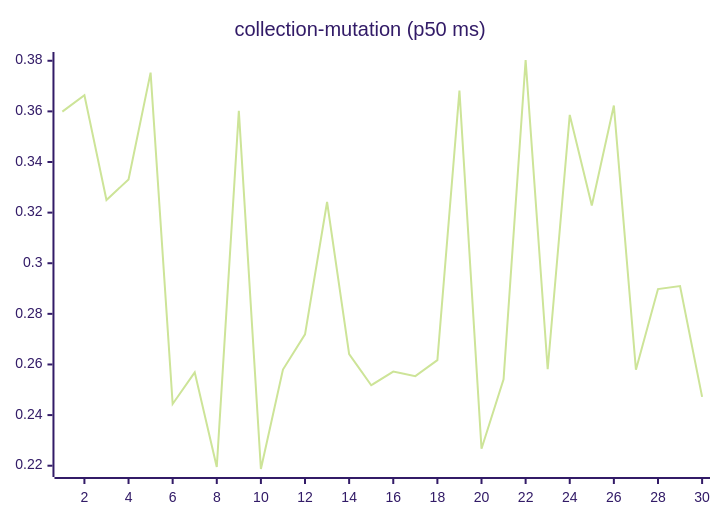
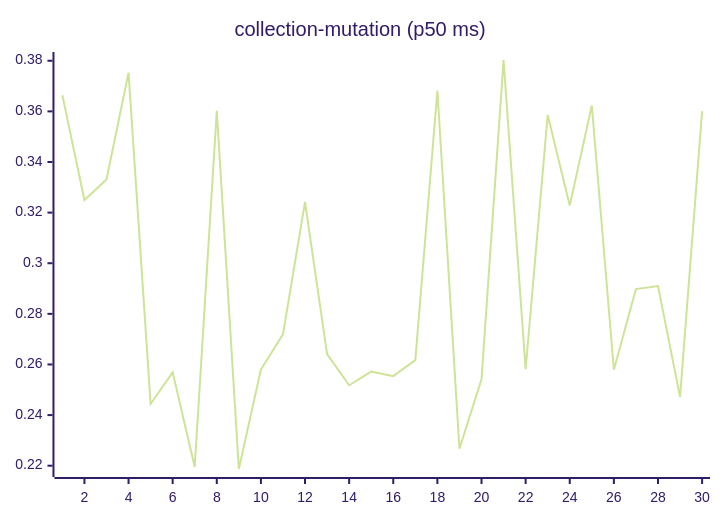
Before and after one commit to josha/Facet: the sixth of 27 diagrams in README.md, drawn with Mermaid (forest theme). The commit also changed other lines of this file and 2 other files, not shown here.

````diff
--- a/README.md
+++ b/README.md
@@ -98,6 +98,6 @@
 ```mermaid
 xychart-beta
     title "collection-mutation (p50 ms)"
     x-axis 1 --> 30
-    line [0.3599, 0.3664, 0.3250, 0.3331, 0.3753, 0.2444, 0.2569, 0.2195, 0.3602, 0.2187, 0.2580, 0.2719, 0.3242, 0.2641, 0.2518, 0.2572, 0.2554, 0.2617, 0.3682, 0.2267, 0.2541, 0.3803, 0.2581, 0.3586, 0.3228, 0.3623, 0.2579, 0.2898, 0.2910, 0.2472]
+    line [0.3664, 0.3250, 0.3331, 0.3753, 0.2444, 0.2569, 0.2195, 0.3602, 0.2187, 0.2580, 0.2719, 0.3242, 0.2641, 0.2518, 0.2572, 0.2554, 0.2617, 0.3682, 0.2267, 0.2541, 0.3803, 0.2581, 0.3586, 0.3228, 0.3623, 0.2579, 0.2898, 0.2910, 0.2472, 0.3601]
 ```
````
